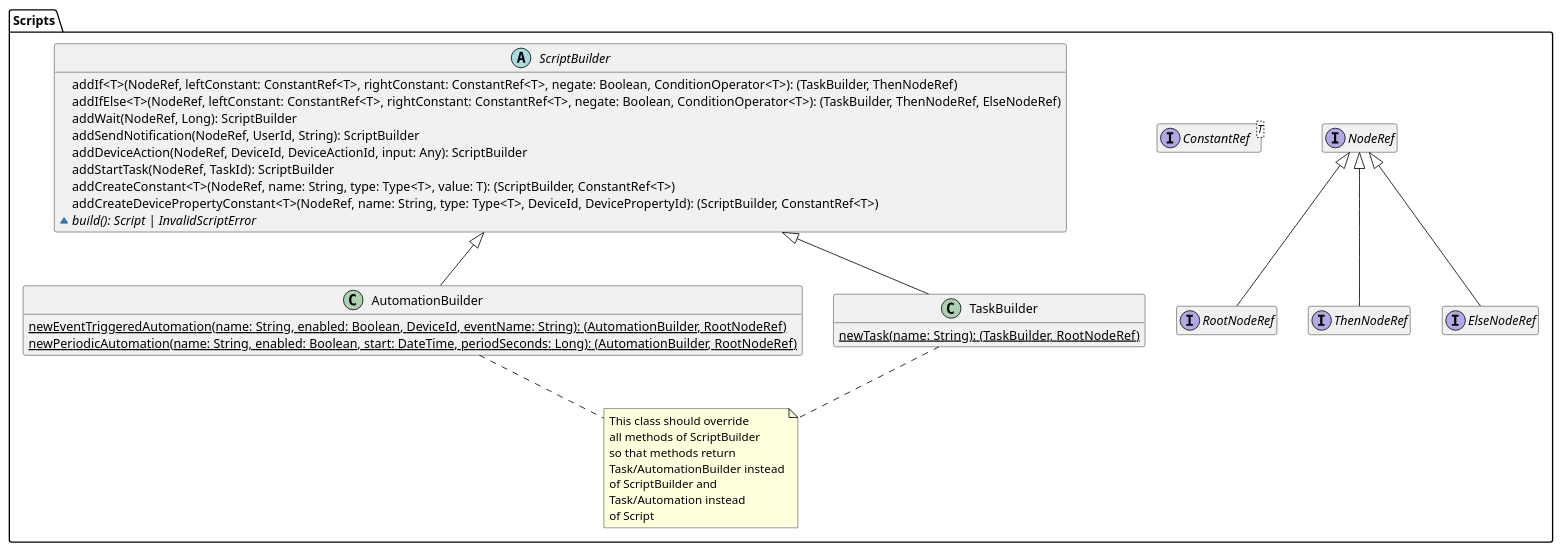
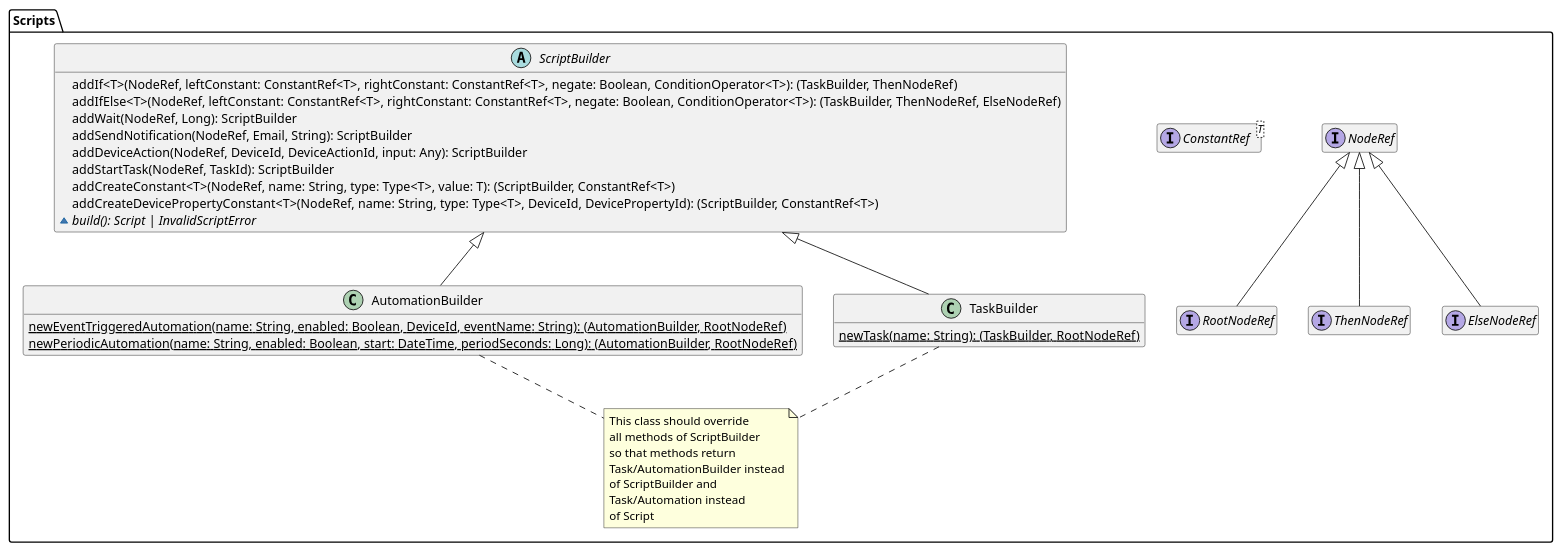
Before and after one commit to DomoticASW/.github: the diagram in diagrams/src/scripts-builders-domain-model.puml, drawn with PlantUML. The commit also changed 7 other files, not shown here.

Commit message:
renamed UserId to Email in diagrams

```diff
--- a/diagrams/src/scripts-builders-domain-model.puml
+++ b/diagrams/src/scripts-builders-domain-model.puml
@@ -1,48 +1,48 @@
 @startuml scripts-builders-domain-model
 
 hide empty members
 
 package "Scripts" {
     interface NodeRef
 
     interface RootNodeRef extends NodeRef
     interface ThenNodeRef extends NodeRef
     interface ElseNodeRef extends NodeRef
     interface ConstantRef<T>
 
     ' WHEN IMPLEMENTING TRY TO SEE WHAT IT LOOKS LIKE TO USE HIGHER ORDER FUNCTIONS
     abstract class ScriptBuilder {
         addIf<T>(NodeRef, leftConstant: ConstantRef<T>, rightConstant: ConstantRef<T>, negate: Boolean, ConditionOperator<T>): (TaskBuilder, ThenNodeRef)
         addIfElse<T>(NodeRef, leftConstant: ConstantRef<T>, rightConstant: ConstantRef<T>, negate: Boolean, ConditionOperator<T>): (TaskBuilder, ThenNodeRef, ElseNodeRef)
         addWait(NodeRef, Long): ScriptBuilder
-        addSendNotification(NodeRef, UserId, String): ScriptBuilder
+        addSendNotification(NodeRef, Email, String): ScriptBuilder
         addDeviceAction(NodeRef, DeviceId, DeviceActionId, input: Any): ScriptBuilder
         addStartTask(NodeRef, TaskId): ScriptBuilder
         addCreateConstant<T>(NodeRef, name: String, type: Type<T>, value: T): (ScriptBuilder, ConstantRef<T>)
         addCreateDevicePropertyConstant<T>(NodeRef, name: String, type: Type<T>, DeviceId, DevicePropertyId): (ScriptBuilder, ConstantRef<T>)
         {abstract} ~ build(): Script | InvalidScriptError
     }
 
     ' It may be useful to use composition instead of inheritance for Task and Automations with regards to Script
     class TaskBuilder extends ScriptBuilder {
         {static} newTask(name: String): (TaskBuilder, RootNodeRef)
     }
     class AutomationBuilder extends ScriptBuilder {
         {static} newEventTriggeredAutomation(name: String, enabled: Boolean, DeviceId, eventName: String): (AutomationBuilder, RootNodeRef)
         {static} newPeriodicAutomation(name: String, enabled: Boolean, start: DateTime, periodSeconds: Long): (AutomationBuilder, RootNodeRef)
     }
     note as ScriptBuilderNote
         This class should override
         all methods of ScriptBuilder
         so that methods return 
         Task/AutomationBuilder instead
         of ScriptBuilder and 
         Task/Automation instead
         of Script
     end note
 
     ScriptBuilderNote .u. TaskBuilder
     ScriptBuilderNote .u. AutomationBuilder
 }
 
 @enduml
```
